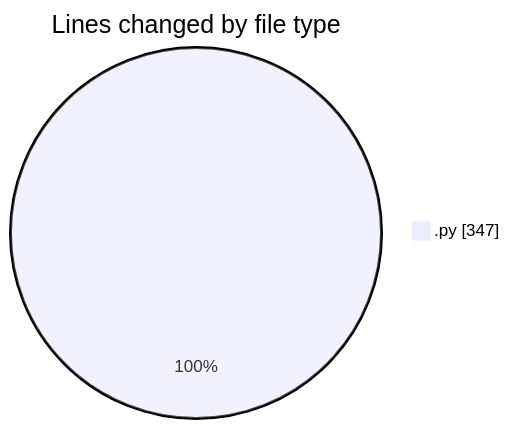
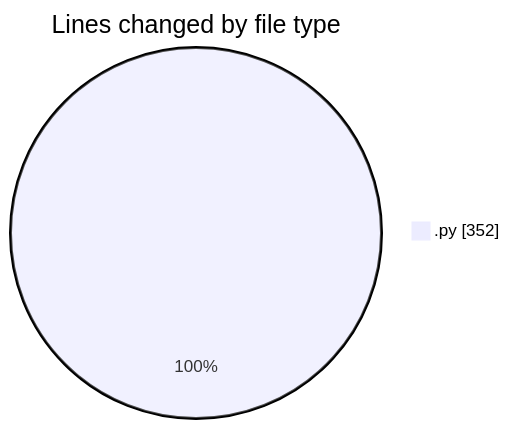
Before and after one commit to FelipKnott/code-tracking: the first of 2 diagrams in 2025-07-02/cursor/README.md, drawn with Mermaid. The commit also changed other lines of this file and 1 other file, not shown here.

````diff
--- a/2025-07-02/cursor/README.md
+++ b/2025-07-02/cursor/README.md
@@ -22,5 +22,5 @@
 ```mermaid
 pie showData
 title Lines changed by file type
-".py" : 347
+".py" : 352
 ```
````
